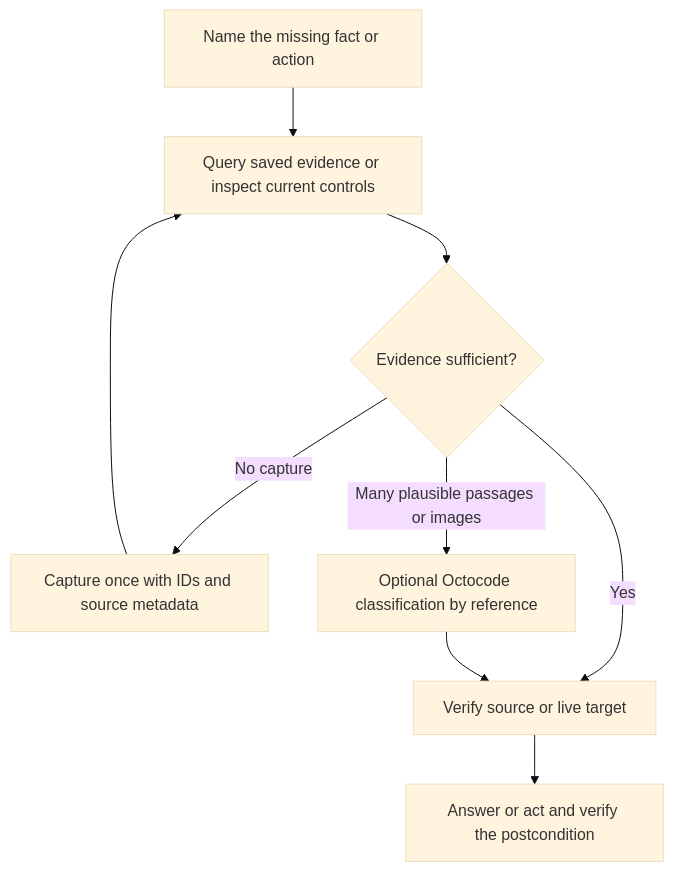
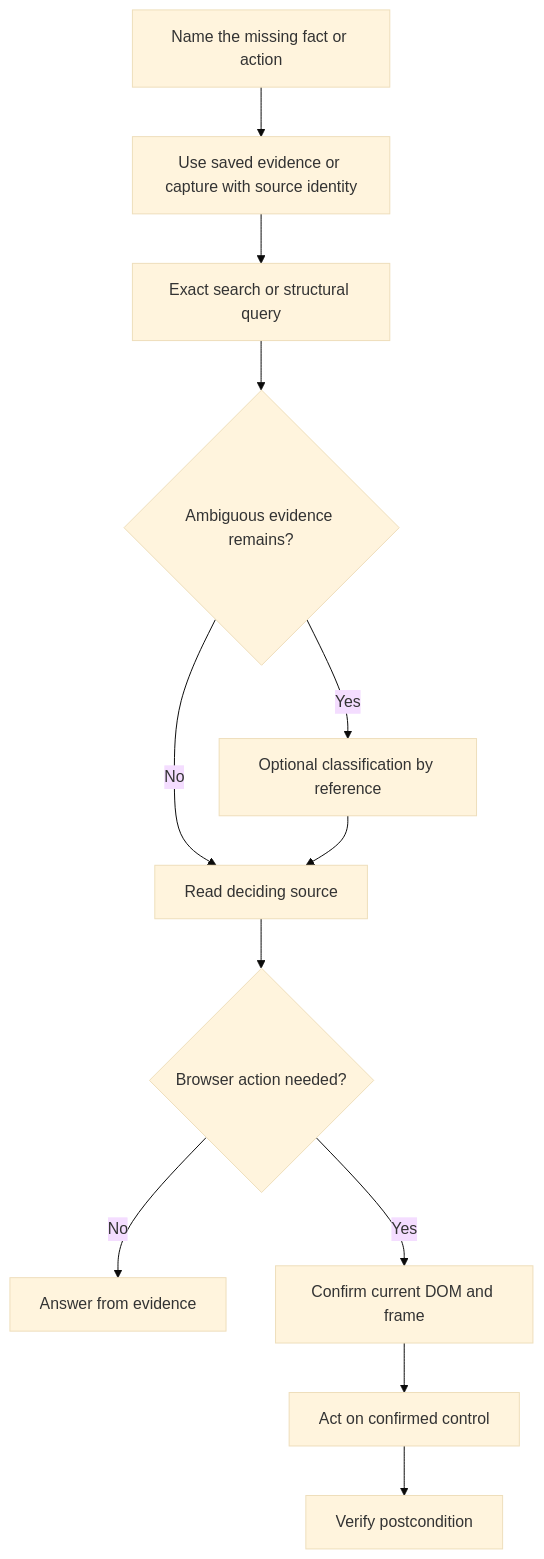
One commit to bgauryy/octocode-mcp changed the diagram in skills/octocode-chrome-devtools/SKILL.md. Above: the diagram before and after it, drawn with Mermaid (base theme). The commit also changed other lines of this file and 728 other files, not shown here.

````diff
--- a/skills/octocode-chrome-devtools/SKILL.md
+++ b/skills/octocode-chrome-devtools/SKILL.md
@@ -10,11 +10,14 @@
 ```mermaid
 flowchart TD
-    Q[Name the missing fact or action] --> E[Query saved evidence or inspect current controls]
-    E --> G{Evidence sufficient?}
-    G -->|Yes| V[Verify source or live target]
-    G -->|No capture| C[Capture once with IDs and source metadata]
-    C --> E
-    G -->|Many plausible passages or images| J[Optional Octocode classification by reference]
-    J --> V
-    V --> A[Answer or act and verify the postcondition]
+    Q[Name the missing fact or action] --> C[Use saved evidence or capture with source identity]
+    C --> E[Exact search or structural query]
+    E --> G{Ambiguous evidence remains?}
+    G -->|Yes| J[Optional classification by reference]
+    G -->|No| R[Read deciding source]
+    J --> R
+    R --> V{Browser action needed?}
+    V -->|No| O[Answer from evidence]
+    V -->|Yes| D[Confirm current DOM and frame]
+    D --> A[Act on confirmed control]
+    A --> P[Verify postcondition]
 ```
````
